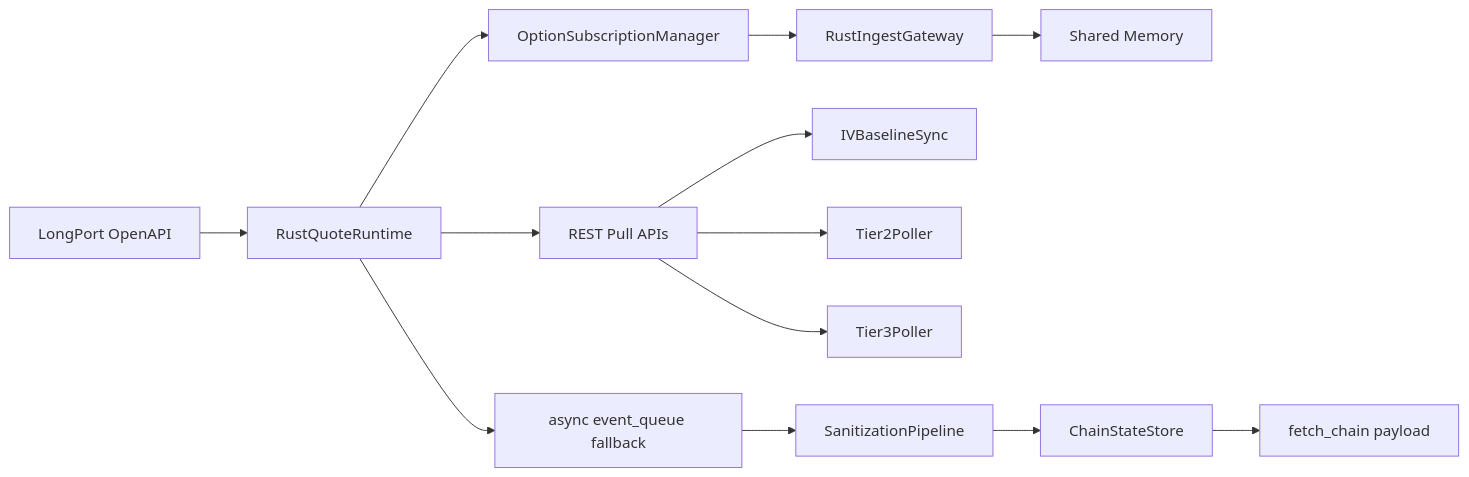
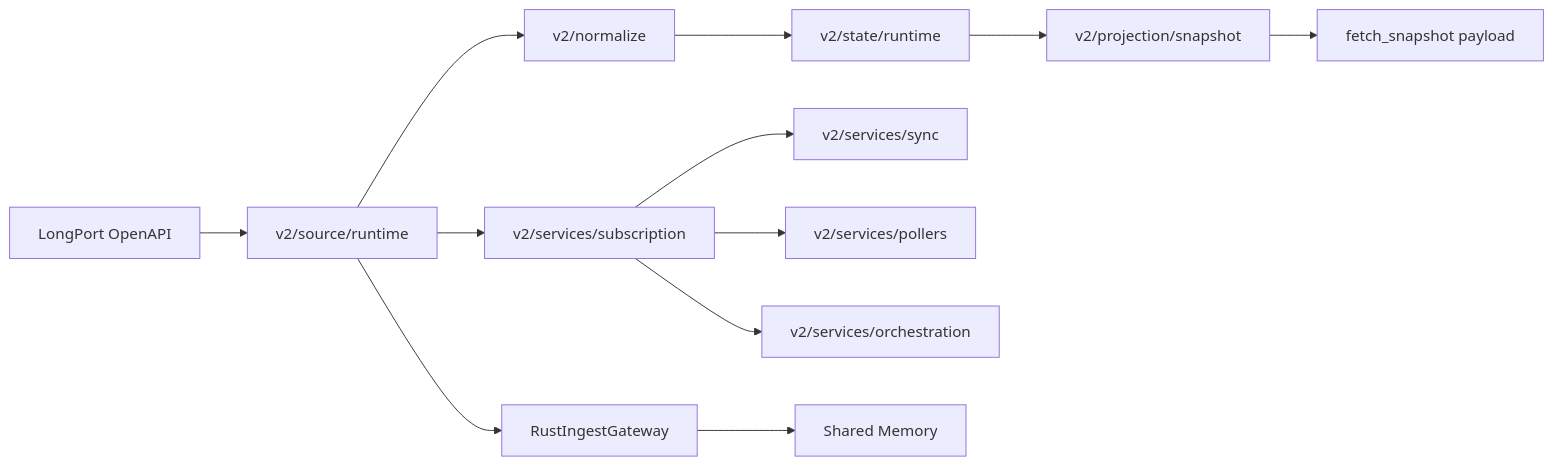
The diagram in docs/SOP/L0_DATA_FEED.md (Skioleeya/option_trading), drawn with Mermaid before and after one commit. The commit also changed other lines of this file and 154 other files, not shown here.

Commit message:
refactor: land l0 v2 ingest and runtime governance

````diff
--- a/docs/SOP/L0_DATA_FEED.md
+++ b/docs/SOP/L0_DATA_FEED.md
@@ -12,15 +12,14 @@
 ```mermaid
 flowchart LR
-  A[LongPort OpenAPI] --> B[RustQuoteRuntime]
-  B --> C[OptionSubscriptionManager]
-  C --> D[RustIngestGateway]
-  D --> E[Shared Memory]
-  B --> F[REST Pull APIs]
-  F --> G[IVBaselineSync]
-  F --> H[Tier2Poller]
-  F --> I[Tier3Poller]
-  B --> J[async event_queue fallback]
-  J --> K[SanitizationPipeline]
-  K --> L[ChainStateStore]
-  L --> M[fetch_chain payload]
+  A[LongPort OpenAPI] --> B[v2/source/runtime]
+  B --> C[v2/normalize]
+  C --> D[v2/state/runtime]
+  D --> E[v2/projection/snapshot]
+  B --> F[v2/services/subscription]
+  F --> G[v2/services/sync]
+  F --> H[v2/services/pollers]
+  F --> I[v2/services/orchestration]
+  B --> J[RustIngestGateway]
+  J --> K[Shared Memory]
+  E --> L[fetch_snapshot payload]
 ```
````
